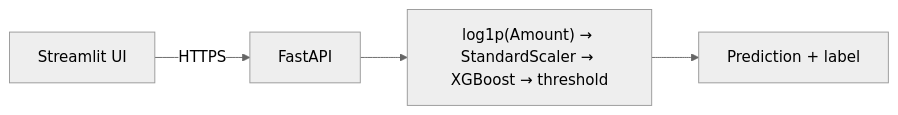
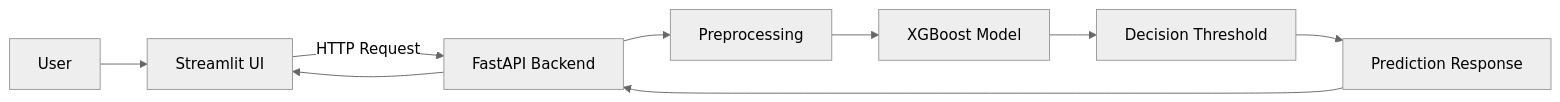
One commit to KashishPundir/CreditCard-Fraud-Detection changed the second of 5 diagrams in README.md. Above: the diagram before and after it, drawn with Mermaid (neutral theme). The commit also changed other lines of this file, not shown here.

First line of the commit message:
Simplify model selection strategy description

````diff
--- a/README.md
+++ b/README.md
@@ -124,6 +237,11 @@
 ```mermaid
 flowchart LR
-    U[Streamlit UI] -->|HTTPS| A[FastAPI]
-    A --> B["log1p(Amount) → StandardScaler → XGBoost → threshold"]
-    B --> R[Prediction + label]
+    U[User] --> S[Streamlit UI]
+    S -->|HTTP Request| A[FastAPI Backend]
+    A --> P[Preprocessing]
+    P --> M[XGBoost Model]
+    M --> T[Decision Threshold]
+    T --> R[Prediction Response]
+    R --> A
+    A --> S
 ```
````
